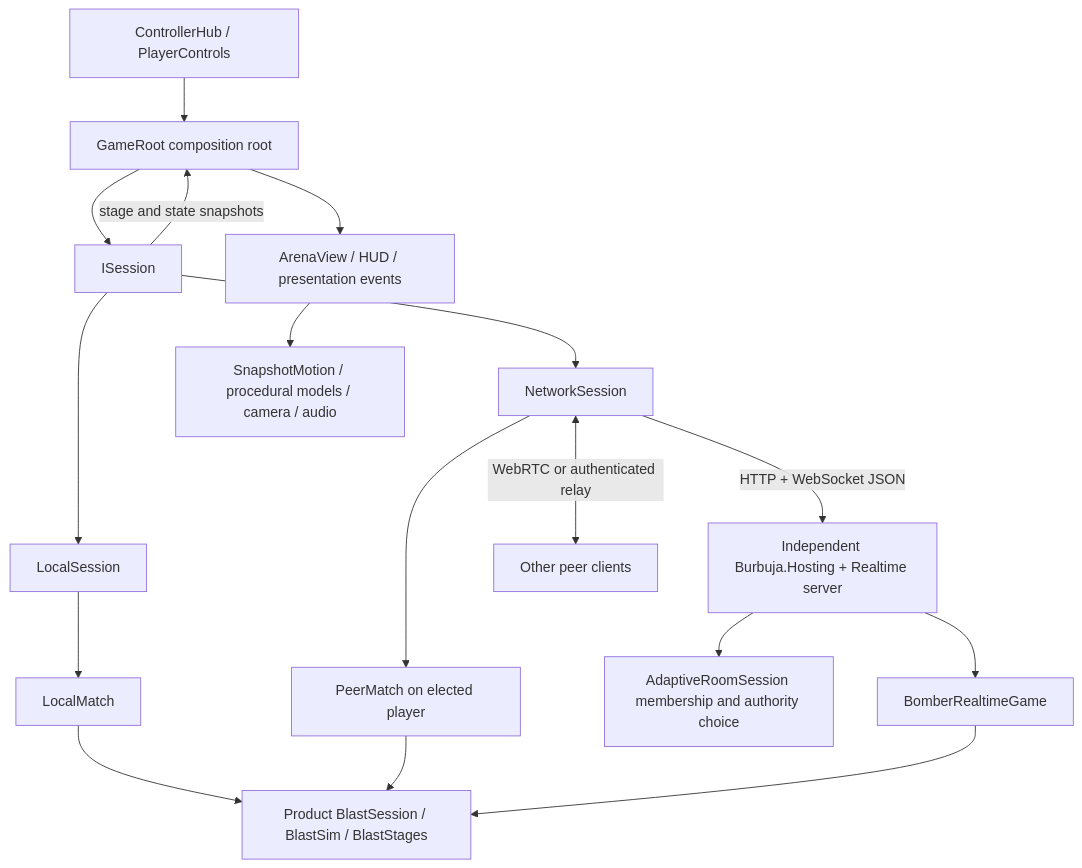
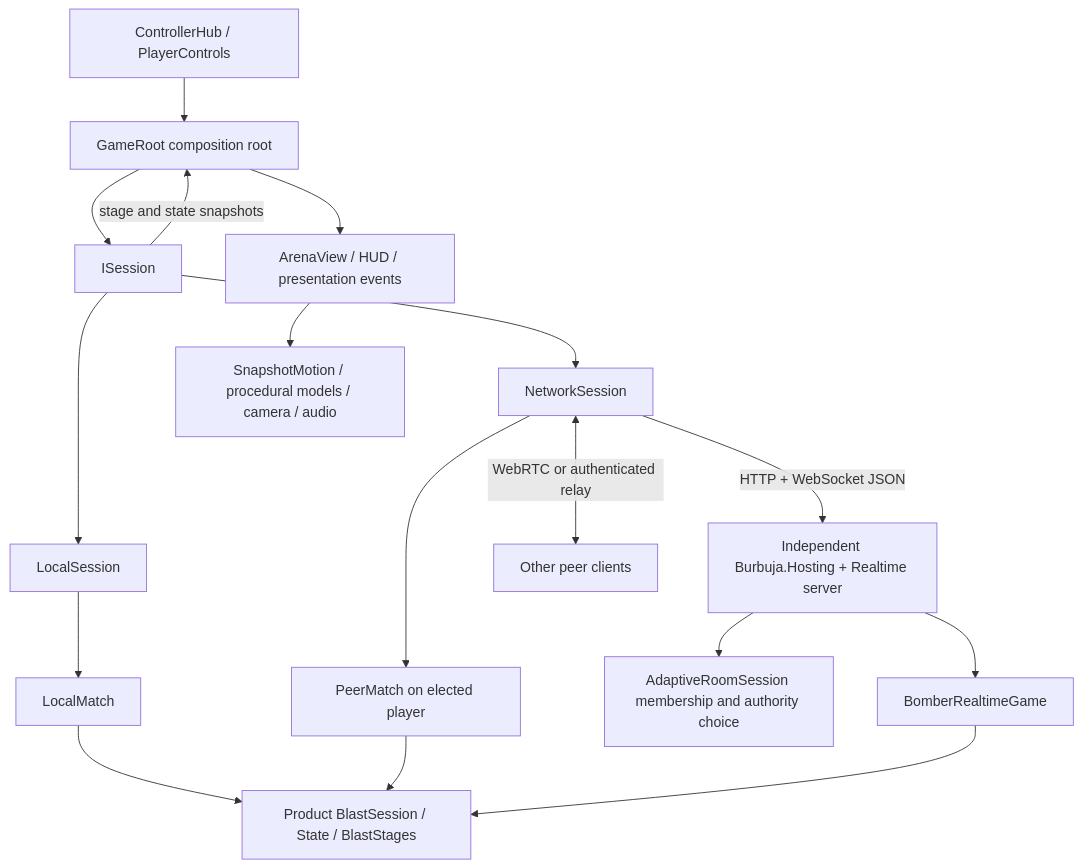
One commit to MCMike0399/bomberman-64-multiplayer changed the diagram in docs/architecture.md. Above: the diagram before and after it, drawn with Mermaid. The commit also changed other lines of this file and 18 other files, not shown here.

````diff
--- a/docs/architecture.md
+++ b/docs/architecture.md
@@ -9,19 +9,19 @@
 ```mermaid
 flowchart TD
     Controls[ControllerHub / PlayerControls] --> Root[GameRoot composition root]
     Root --> Session[ISession]
     Session --> Local[LocalSession]
     Session --> Network[NetworkSession]
     Local --> Facade[LocalMatch]
-    Facade --> Rules[Product BlastSession / BlastSim / BlastStages]
+    Facade --> Rules[Product BlastSession / State / BlastStages]
     Network -->|HTTP + WebSocket JSON| Kernel[Independent Burbuja.Hosting + Realtime server]
     Network --> Peer[PeerMatch on elected player]
     Peer --> Rules
     Kernel --> Broker[AdaptiveRoomSession membership and authority choice]
     Network <-->|WebRTC or authenticated relay| OtherPeers[Other peer clients]
     Kernel --> Registration[BomberRealtimeGame]
     Registration --> Rules
     Session -->|stage and state snapshots| Root
     Root --> View[ArenaView / HUD / presentation events]
     View --> Motion[SnapshotMotion / procedural models / camera / audio]
 ```
````
